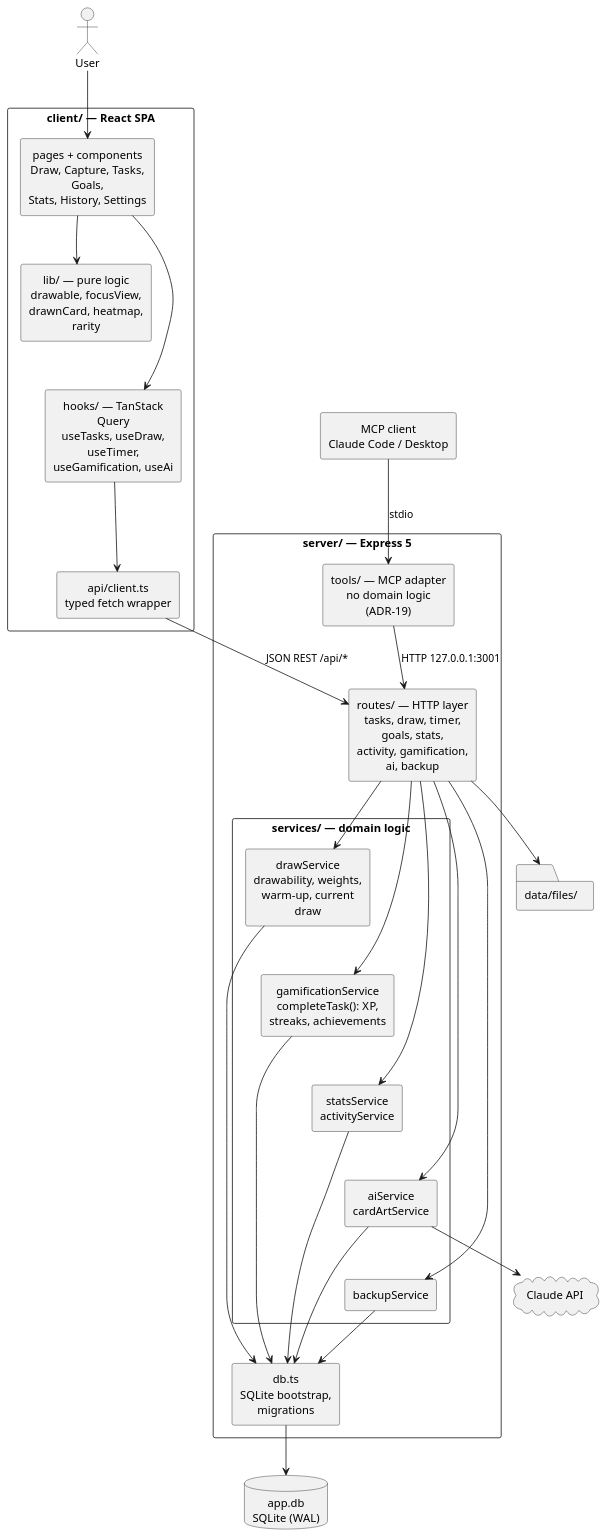
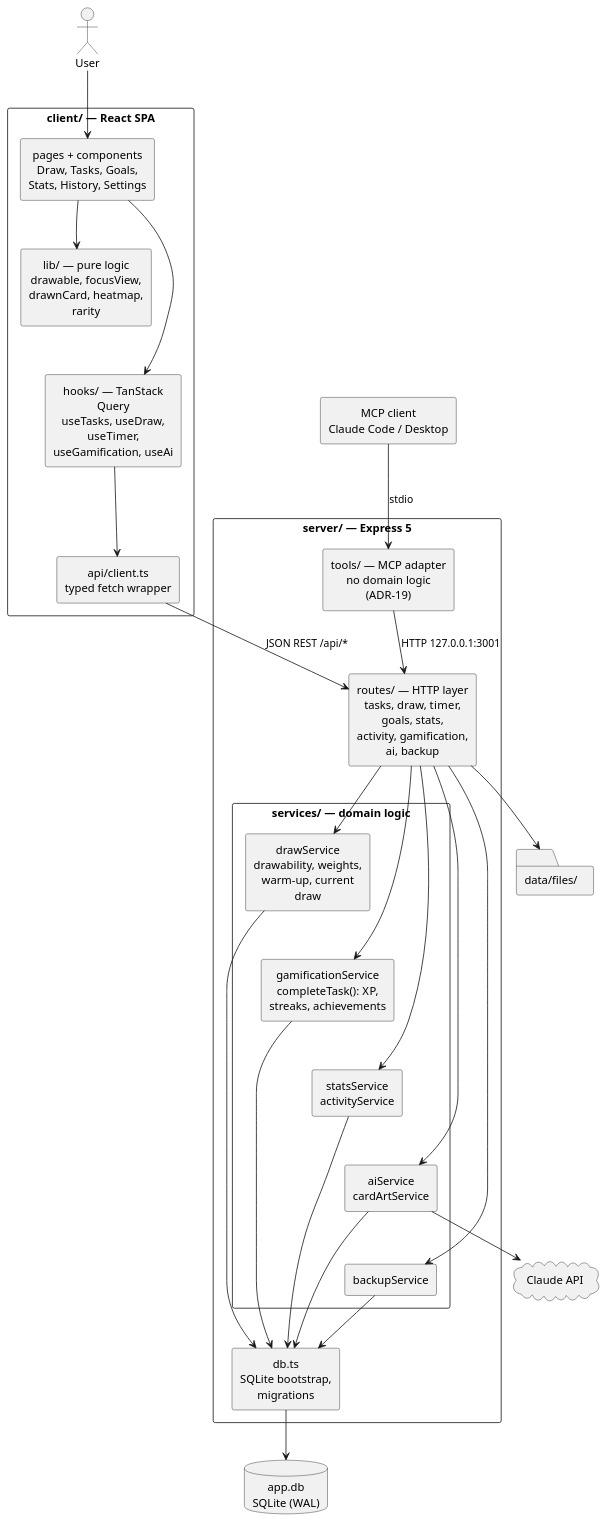
One commit to FelixGeisler/draw changed the diagram in docs/modules/ROOT/pages/05_building_block_view.adoc. Above: the diagram before and after it, drawn with PlantUML. The commit also changed other lines of this file and 5 other files, not shown here.

First line of the commit message:
#151 Docs: ADR-40 + arc42 updates for the Capture/Tasks merge

```diff
--- a/docs/modules/ROOT/pages/05_building_block_view.adoc
+++ b/docs/modules/ROOT/pages/05_building_block_view.adoc
@@ -16,65 +16,65 @@
 [plantuml,building-blocks,svg]
 ....
 @startuml
 skinparam componentStyle rectangle
 skinparam shadowing false
 skinparam wrapWidth 150
 skinparam defaultTextAlignment center
 skinparam packageStyle rectangle
 hide stereotype
 
 actor "User" as user
 component "MCP client\nClaude Code / Desktop" as mcpClient
 
 package "client/ — React SPA" {
-  component "pages + components\nDraw, Capture, Tasks, Goals,\nStats, History, Settings" as pages
+  component "pages + components\nDraw, Tasks, Goals,\nStats, History, Settings" as pages
   component "lib/ — pure logic\ndrawable, focusView,\ndrawnCard, heatmap, rarity" as clib
   component "hooks/ — TanStack Query\nuseTasks, useDraw, useTimer,\nuseGamification, useAi" as hooks
   component "api/client.ts\ntyped fetch wrapper" as apiClient
 }
 
 package "server/ — Express 5" {
   component "tools/ — MCP adapter\nno domain logic (ADR-19)" as mcpAdapter
   component "routes/ — HTTP layer\ntasks, draw, timer, goals, stats,\nactivity, gamification, ai, backup" as routes
   package "services/ — domain logic" {
     component "drawService\ndrawability, weights,\nwarm-up, current draw" as drawSvc
     component "gamificationService\ncompleteTask(): XP,\nstreaks, achievements" as gamSvc
     component "statsService\nactivityService" as statsSvc
     component "aiService\ncardArtService" as aiSvc
     component "backupService" as backupSvc
   }
   component "db.ts\nSQLite bootstrap, migrations" as dbmod
 }
 
 database "app.db\nSQLite (WAL)" as sqlite
 folder "data/files/" as files
 cloud "Claude API" as claude
 
 user --> pages
 pages --> hooks
 pages --> clib
 hooks --> apiClient
 apiClient --> routes : "JSON REST /api/*"
 mcpClient --> mcpAdapter : stdio
 mcpAdapter --> routes : "HTTP 127.0.0.1:3001"
 routes --> drawSvc
 routes --> gamSvc
 routes --> statsSvc
 routes --> aiSvc
 routes --> backupSvc
 drawSvc -[hidden]-> gamSvc
 gamSvc -[hidden]-> statsSvc
 statsSvc -[hidden]-> aiSvc
 aiSvc -[hidden]-> backupSvc
 drawSvc --> dbmod
 gamSvc --> dbmod
 statsSvc --> dbmod
 aiSvc --> dbmod
 backupSvc --> dbmod
 dbmod --> sqlite
 routes --> files
 aiSvc --> claude
 pages -[hidden]-> clib
 clib -[hidden]-> hooks
 @enduml
 ....
```
